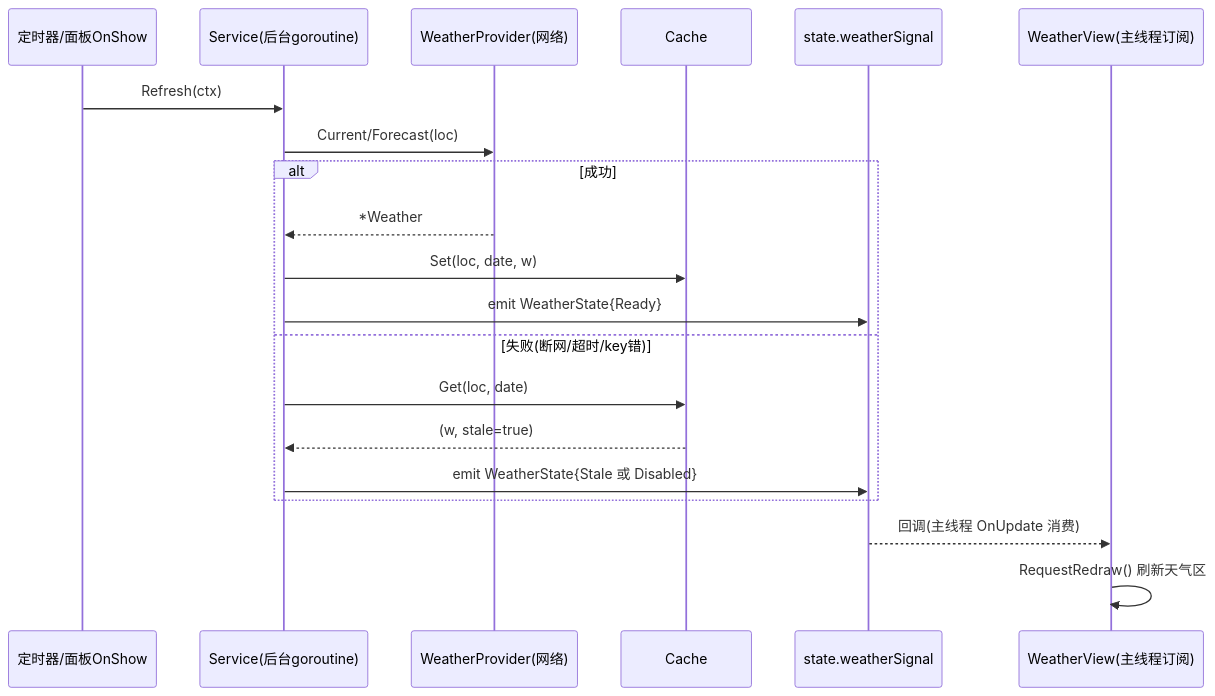
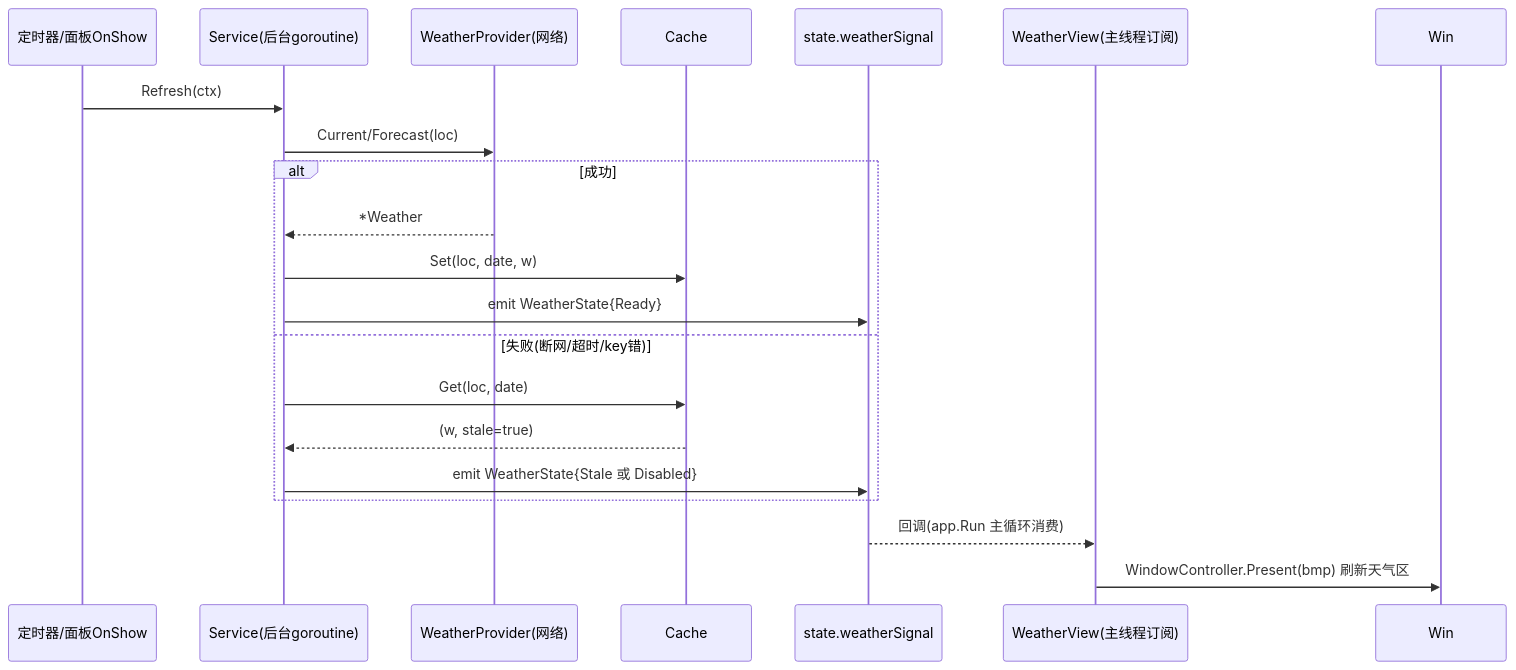
One commit to shaolei/DeskCalendar changed the third of 4 diagrams in docs/70-Weather/Provider.md. Above: the diagram before and after it, drawn with Mermaid. The commit also changed other lines of this file and 25 other files, not shown here.

````diff
--- a/docs/70-Weather/Provider.md
+++ b/docs/70-Weather/Provider.md
@@ -161,23 +161,23 @@
 ```mermaid
 sequenceDiagram
     participant T as 定时器/面板OnShow
     participant S as Service(后台goroutine)
     participant P as WeatherProvider(网络)
     participant C as Cache
     participant ST as state.weatherSignal
     participant U as WeatherView(主线程订阅)
 
     T->>S: Refresh(ctx)
     S->>P: Current/Forecast(loc)
     alt 成功
         P-->>S: *Weather
         S->>C: Set(loc, date, w)
         S->>ST: emit WeatherState{Ready}
     else 失败(断网/超时/key错)
         S->>C: Get(loc, date)
         C-->>S: (w, stale=true)
         S->>ST: emit WeatherState{Stale 或 Disabled}
     end
-    ST-->>U: 回调(主线程 OnUpdate 消费)
-    U->>U: RequestRedraw() 刷新天气区
+    ST-->>U: 回调(app.Run 主循环消费)
+    U->>Win: WindowController.Present(bmp) 刷新天气区
 ```
````
